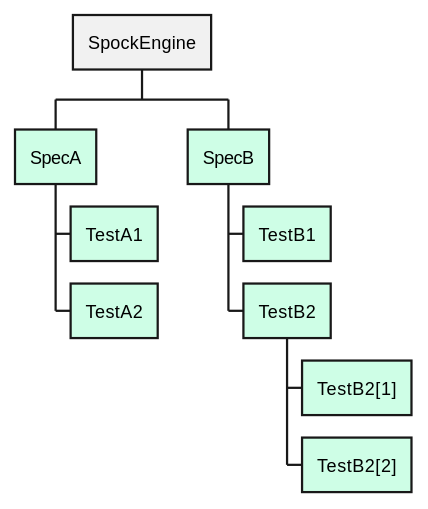
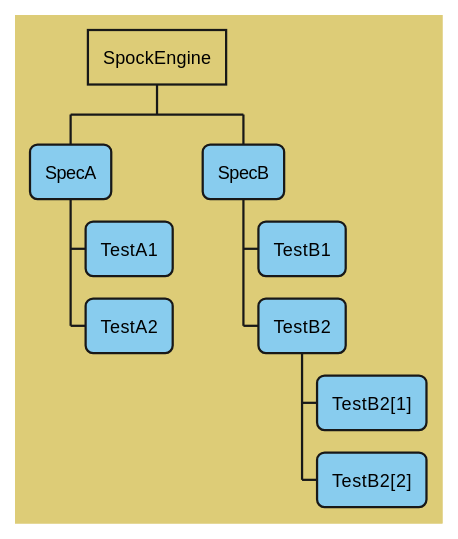
One commit to spockframework/spock changed the fourth of 7 diagrams in docs/parallel_execution.adoc. Above: the diagram before and after it, drawn with PlantUML. The commit also changed other lines of this file, not shown here.

```diff
--- a/docs/parallel_execution.adoc
+++ b/docs/parallel_execution.adoc
@@ -170,31 +173,35 @@
 [plantuml,images/execution-hierarchy-concurrent-concurrent-execution,svg]
 ....
 
 @startwbs
 <style>
 wbsDiagram {
+  BackgroundColor #DDCC77
   node {
     :depth(1) {
-      BackgroundColor #CEFEE6
+      BackgroundColor #88CCEE
+      RoundCorner 10
     }
     :depth(2) {
-      BackgroundColor #CEFEE6
+      BackgroundColor #88CCEE
+      RoundCorner 10
     }
     :depth(3) {
-      BackgroundColor #CEFEE6
+      BackgroundColor #88CCEE
+      RoundCorner 10
     }
   }
 }
 </style>
 skinparam shadowing false
 * SpockEngine
 ** SpecA
 *** TestA1
 *** TestA2
 ** SpecB
 *** TestB1
 *** TestB2
 **** TestB2[1]
 **** TestB2[2]
 @endwbs
 ....
```
